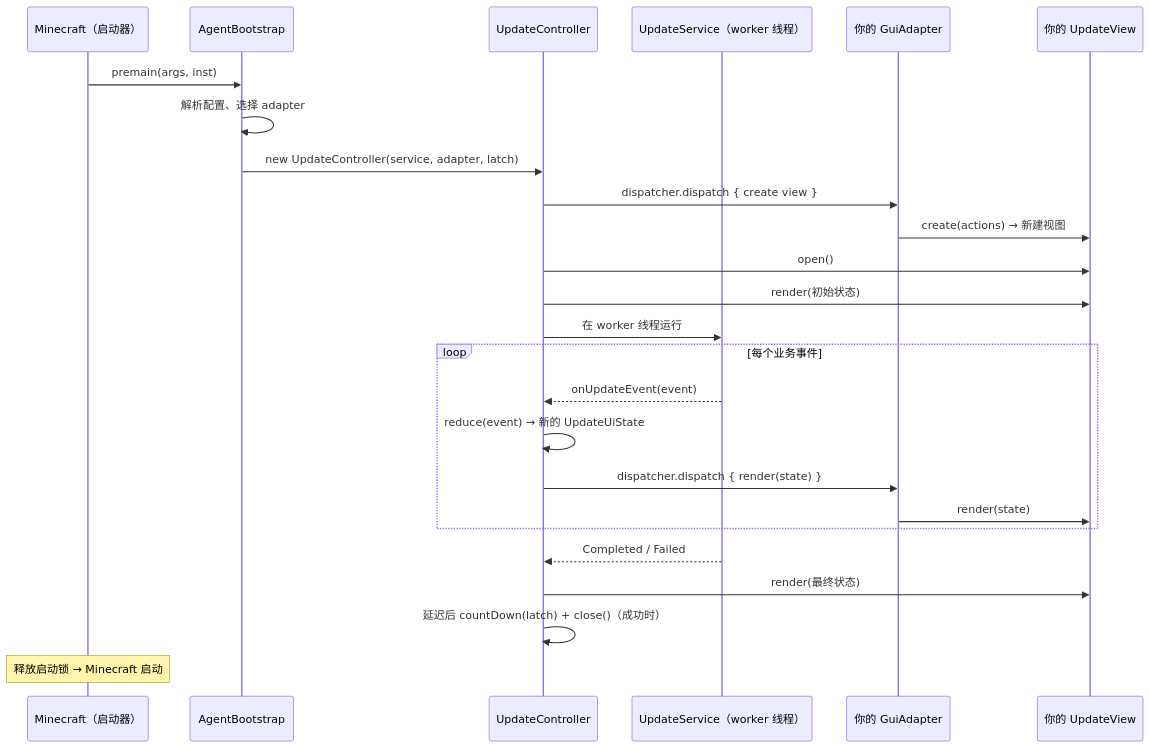
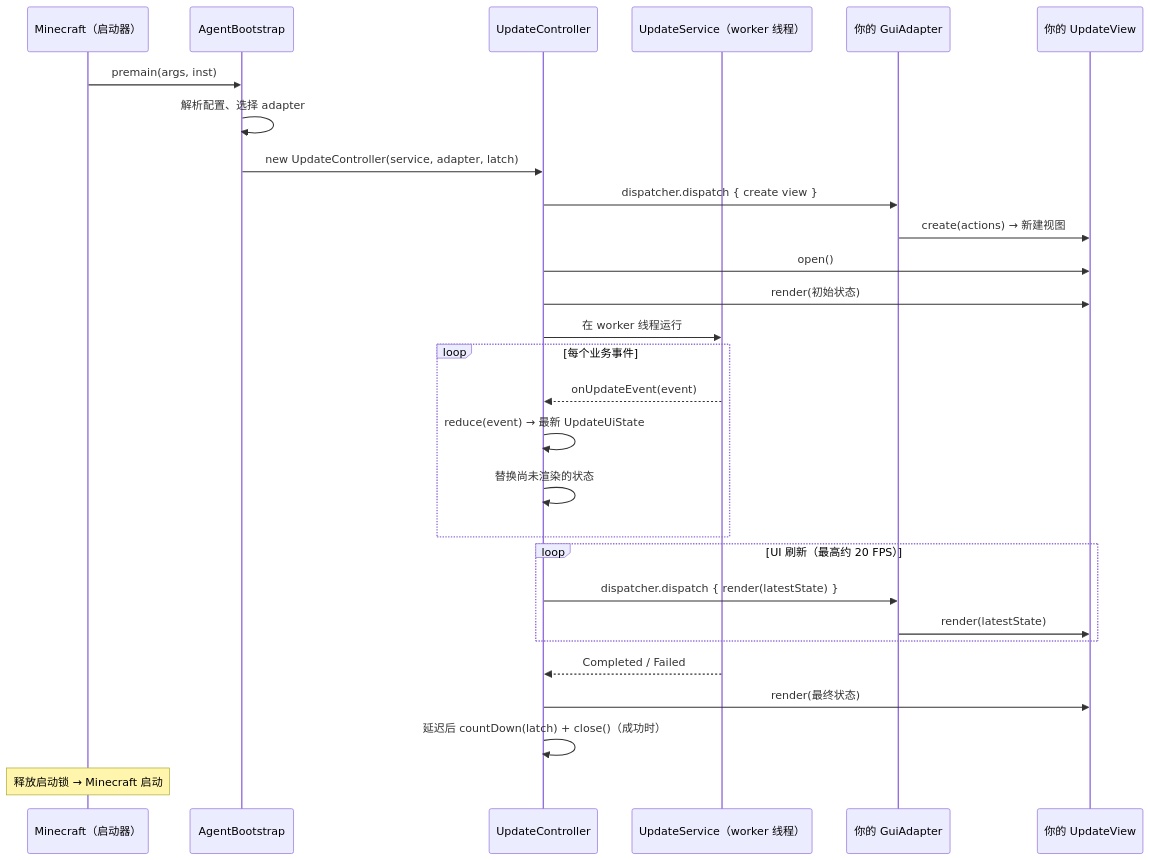
The diagram in GUI_ADAPTER_API_CN.md (Zack88604/minecraft-server-updater-for656), drawn with Mermaid before and after one commit. The commit also changed other lines of this file and 4 other files, not shown here.

````diff
--- a/GUI_ADAPTER_API_CN.md
+++ b/GUI_ADAPTER_API_CN.md
@@ -26,28 +32,31 @@
 ```mermaid
 sequenceDiagram
     participant MC as Minecraft（启动器）
     participant B as AgentBootstrap
     participant C as UpdateController
     participant S as UpdateService（worker 线程）
     participant A as 你的 GuiAdapter
     participant V as 你的 UpdateView
 
     MC->>B: premain(args, inst)
     B->>B: 解析配置、选择 adapter
     B->>C: new UpdateController(service, adapter, latch)
     C->>A: dispatcher.dispatch { create view }
     A->>V: create(actions) → 新建视图
     C->>V: open()
     C->>V: render(初始状态)
     C->>S: 在 worker 线程运行
     loop 每个业务事件
         S-->>C: onUpdateEvent(event)
-        C->>C: reduce(event) → 新的 UpdateUiState
-        C->>A: dispatcher.dispatch { render(state) }
-        A->>V: render(state)
+        C->>C: reduce(event) → 最新 UpdateUiState
+        C->>C: 替换尚未渲染的状态
+    end
+    loop UI 刷新（最高约 20 FPS）
+        C->>A: dispatcher.dispatch { render(latestState) }
+        A->>V: render(latestState)
     end
     S-->>C: Completed / Failed
     C->>V: render(最终状态)
     C->>C: 延迟后 countDown(latch) + close()（成功时）
     Note over MC: 释放启动锁 → Minecraft 启动
 ```
````
